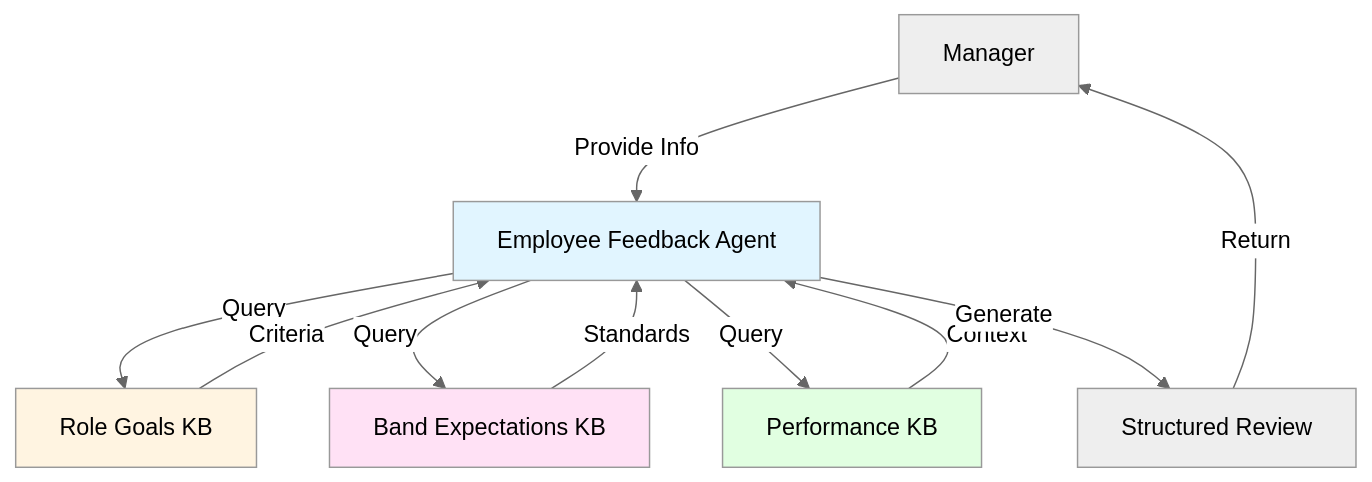
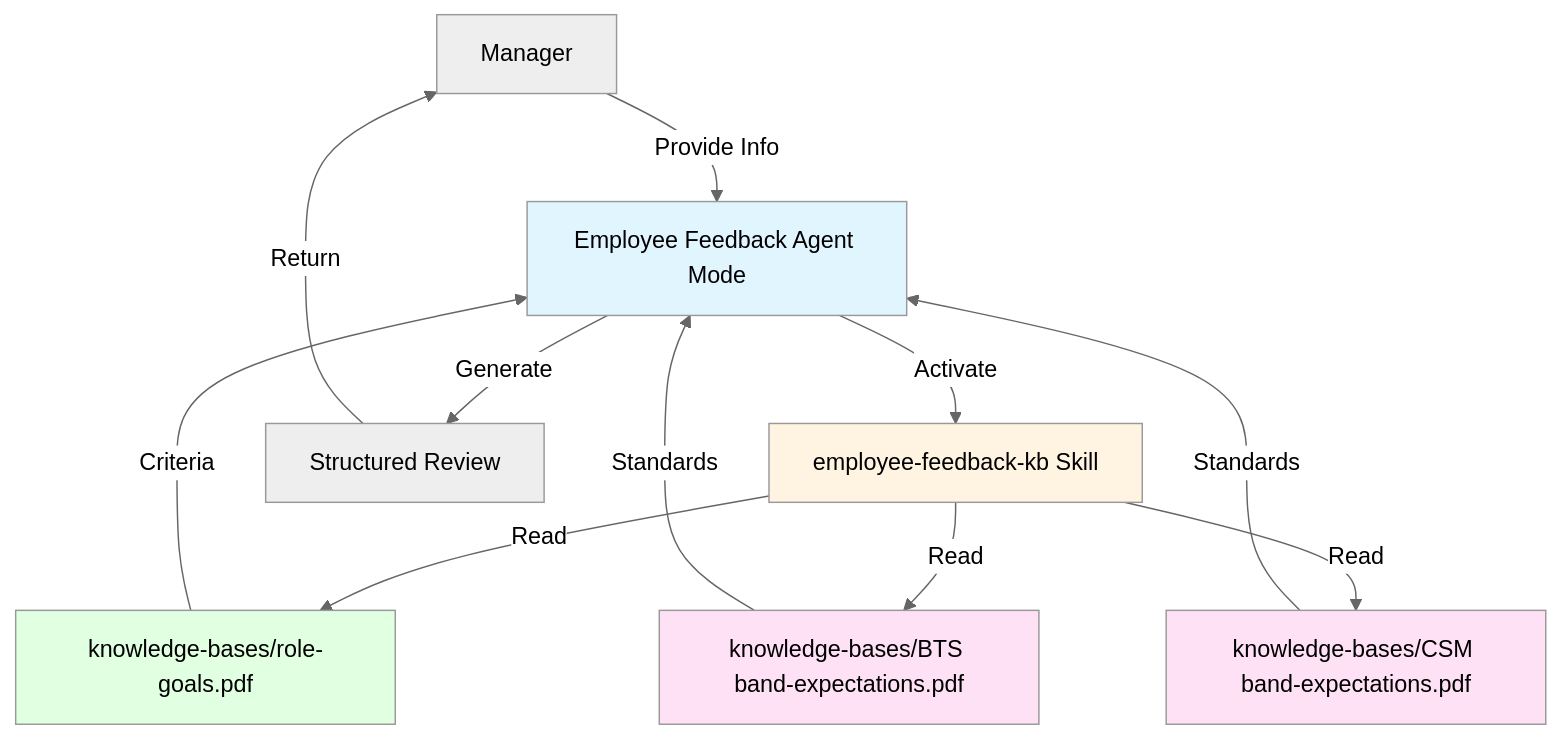
One commit to Tadanntlewis/employee-feedback-agent changed the diagram in README.md. Above: the diagram before and after it, drawn with Mermaid (neutral theme). The commit also changed other lines of this file and 3 other files, not shown here.

````diff
--- a/README.md
+++ b/README.md
@@ -15,17 +42,19 @@
 ```mermaid
 graph TB
-    Manager[Manager] -->|Provide Info| Agent[Employee Feedback Agent]
-    Agent -->|Query| RoleKB[Role Goals KB]
-    Agent -->|Query| BandKB[Band Expectations KB]
-    Agent -->|Query| PerfKB[Performance KB]
-    RoleKB -->|Criteria| Agent
-    BandKB -->|Standards| Agent
-    PerfKB -->|Context| Agent
-    Agent -->|Generate| Review[Structured Review]
+    Manager[Manager] -->|Provide Info| Mode[Employee Feedback Agent Mode]
+    Mode -->|Activate| Skill[employee-feedback-kb Skill]
+    Skill -->|Read| RoleGoals[knowledge-bases/role-goals.pdf]
+    Skill -->|Read| BTSBand[knowledge-bases/BTS band-expectations.pdf]
+    Skill -->|Read| CSMBand[knowledge-bases/CSM band-expectations.pdf]
+    RoleGoals -->|Criteria| Mode
+    BTSBand -->|Standards| Mode
+    CSMBand -->|Standards| Mode
+    Mode -->|Generate| Review[Structured Review]
     Review -->|Return| Manager
-    
-    style Agent fill:#e1f5ff
-    style RoleKB fill:#fff4e1
-    style BandKB fill:#ffe1f5
-    style PerfKB fill:#e1ffe1
+
+    style Mode fill:#e1f5ff
+    style Skill fill:#fff4e1
+    style RoleGoals fill:#e1ffe1
+    style BTSBand fill:#ffe1f5
+    style CSMBand fill:#ffe1f5
 ```
````
